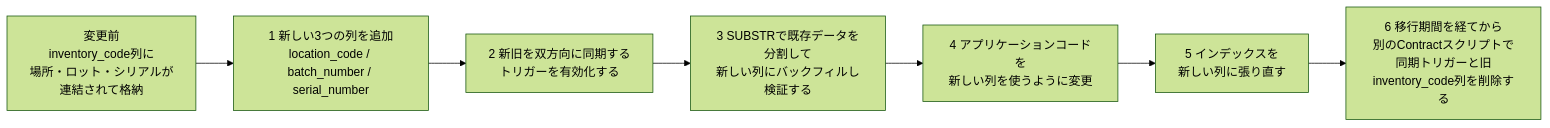
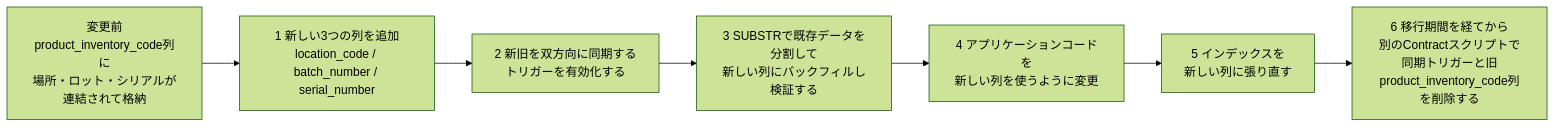
One commit to myoshi2891/Software-Design-and-Architecture changed diagram 11 of 13 in Refactoring-databases-guide.md. Above: the diagram before and after it, drawn with Mermaid (forest theme). The commit also changed other lines of this file and 1 other file, not shown here.

First line of the commit message:
fix(refactoring-databases): 同期トリガーの競合検出と図・進捗表示の修正

````diff
--- a/Refactoring-databases-guide.md
+++ b/Refactoring-databases-guide.md
@@ -413,9 +413,9 @@
 ```mermaid
 flowchart LR
-    A["変更前<br/>inventory_code列に<br/>場所・ロット・シリアルが<br/>連結されて格納"] --> B["1 新しい3つの列を追加<br/>location_code / batch_number / serial_number"]
+    A["変更前<br/>product_inventory_code列に<br/>場所・ロット・シリアルが<br/>連結されて格納"] --> B["1 新しい3つの列を追加<br/>location_code / batch_number / serial_number"]
     B --> C["2 新旧を双方向に同期する<br/>トリガーを有効化する"]
     C --> C2["3 SUBSTRで既存データを分割して<br/>新しい列にバックフィルし検証する"]
     C2 --> D["4 アプリケーションコードを<br/>新しい列を使うように変更"]
     D --> E["5 インデックスを<br/>新しい列に張り直す"]
-    E --> F["6 移行期間を経てから<br/>別のContractスクリプトで<br/>同期トリガーと旧inventory_code列を削除する"]
+    E --> F["6 移行期間を経てから<br/>別のContractスクリプトで<br/>同期トリガーと旧product_inventory_code列を削除する"]
 ```
````
